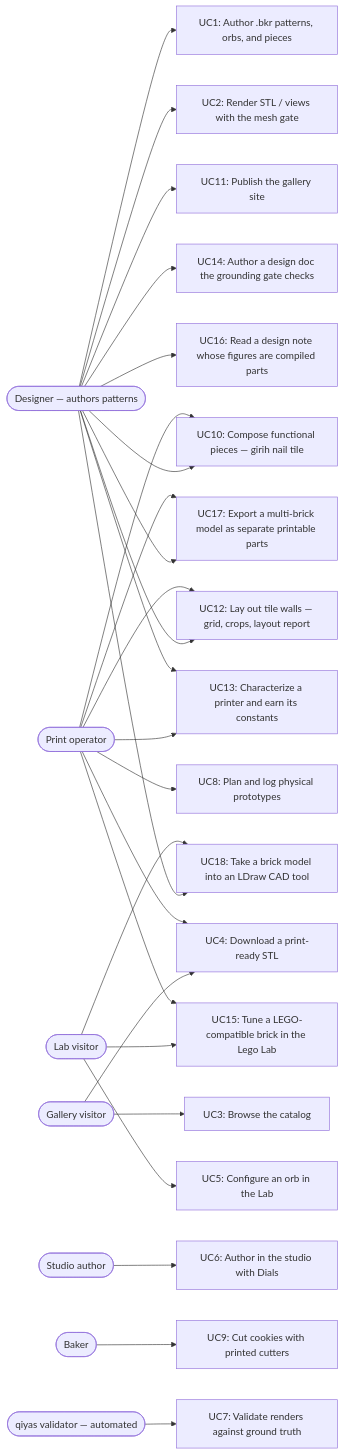
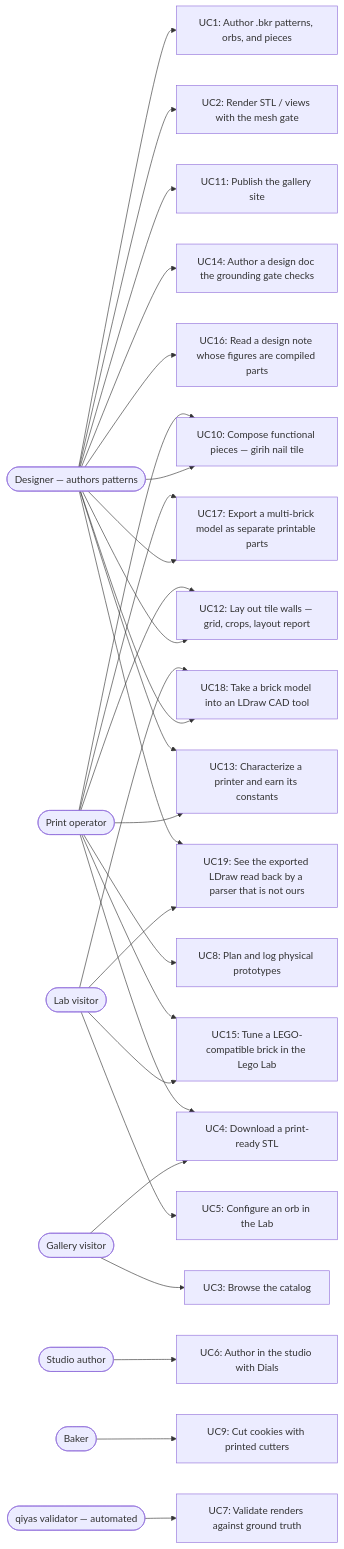
Before and after one commit to omars-lab/3d-models: the diagram in .claude/skills/maintain-use-cases/use-cases.md, drawn with Mermaid. The commit also changed other lines of this file and 1 other file, not shown here.

First line of the commit message:
docs: the LDraw read-back panel (§14.4, UC19) (#16)

````diff
--- a/.claude/skills/maintain-use-cases/use-cases.md
+++ b/.claude/skills/maintain-use-cases/use-cases.md
@@ -34,36 +34,38 @@
 ```mermaid
 flowchart LR
   designer([Designer — authors patterns])
   visitor([Gallery visitor])
   labuser([Lab visitor])
   studiouser([Studio author])
   printop([Print operator])
   baker([Baker])
   validator([qiyas validator — automated])
 
   designer --> UC1[UC1: Author .bkr patterns, orbs, and pieces]
   designer --> UC2[UC2: Render STL / views with the mesh gate]
   designer --> UC10[UC10: Compose functional pieces — girih nail tile]
   designer --> UC11[UC11: Publish the gallery site]
   designer --> UC12[UC12: Lay out tile walls — grid, crops, layout report]
   designer --> UC14[UC14: Author a design doc the grounding gate checks]
   designer --> UC16[UC16: Read a design note whose figures are compiled parts]
   designer --> UC17[UC17: Export a multi-brick model as separate printable parts]
   printop --> UC17
   designer --> UC18[UC18: Take a brick model into an LDraw CAD tool]
   labuser --> UC18
+  labuser --> UC19[UC19: See the exported LDraw read back by a parser that is not ours]
+  designer --> UC19
   visitor --> UC3[UC3: Browse the catalog]
   visitor --> UC4[UC4: Download a print-ready STL]
   labuser --> UC5[UC5: Configure an orb in the Lab]
   labuser --> UC15[UC15: Tune a LEGO-compatible brick in the Lego Lab]
   printop --> UC15
   studiouser --> UC6[UC6: Author in the studio with Dials]
   printop --> UC4
   printop --> UC8[UC8: Plan and log physical prototypes]
   printop --> UC10
   printop --> UC12
   printop --> UC13[UC13: Characterize a printer and earn its constants]
   designer --> UC13
   baker --> UC9[UC9: Cut cookies with printed cutters]
   validator --> UC7[UC7: Validate renders against ground truth]
 ```
````
